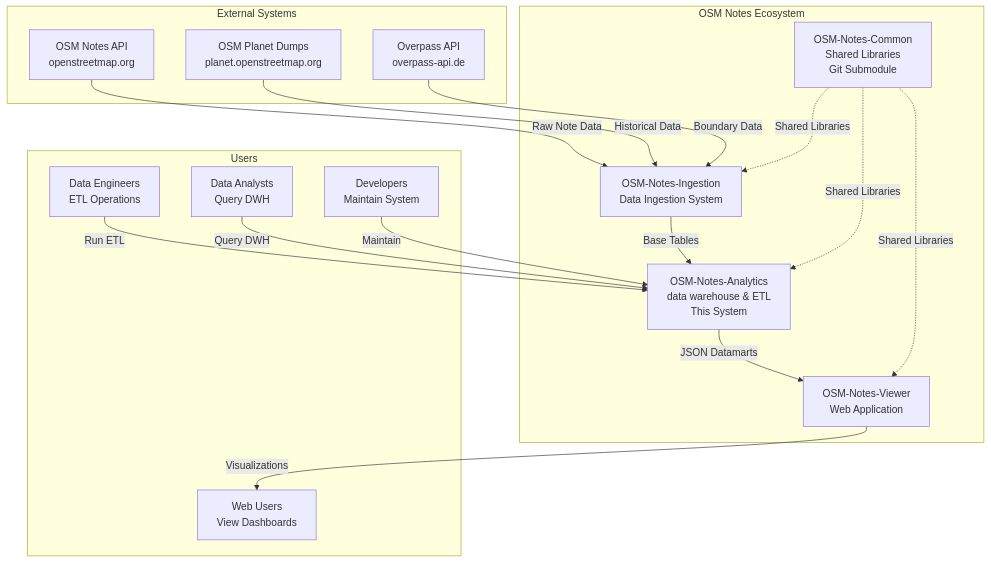
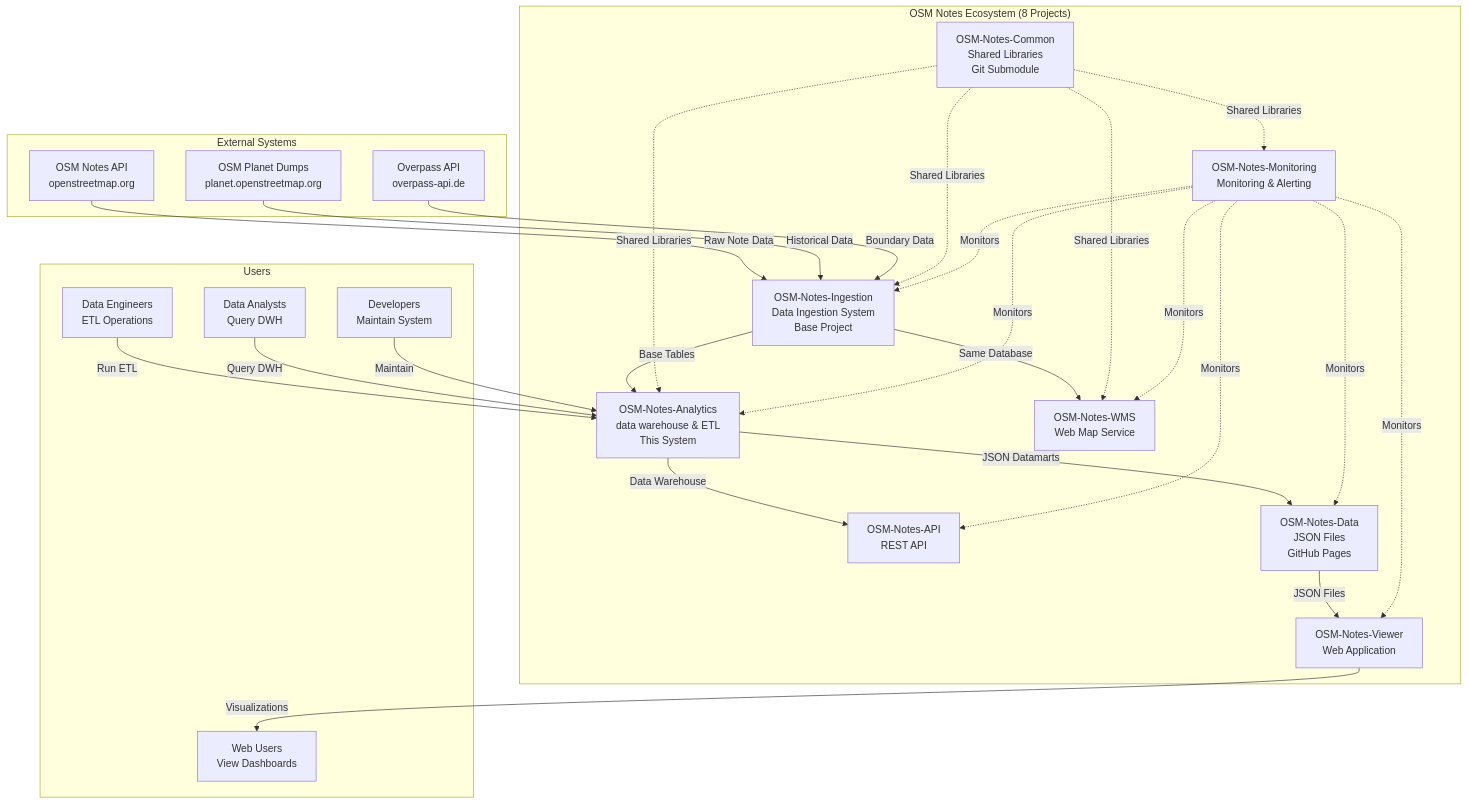
One commit to OSMLatam/OSM-Notes-Analytics changed the first of 9 diagrams in docs/Architecture_Diagram.md. Above: the diagram before and after it, drawn with Mermaid. The commit also changed other lines of this file and 1 other file, not shown here.

Commit message:
docs: Update architecture and deployment diagrams to reflect OSM Notes ecosystem enhancements
- Revised architecture diagram to include all 8 projects in the OSM Notes ecosystem, detailing their roles and relationships.
- Updated deployment diagram to clarify interactions between components, including the addition of the API, WMS, and Monitoring systems.
- Enhanced descriptions for each system to improve understanding of their functions and interdependencies.
- Improved overall structure and clarity of both diagrams for better visualization of the ecosystem.

````diff
--- a/docs/Architecture_Diagram.md
+++ b/docs/Architecture_Diagram.md
@@ -19,38 +19,53 @@
 ```mermaid
 graph TB
     subgraph External["External Systems"]
         OSM_API[OSM Notes API<br/>openstreetmap.org]
         PLANET[OSM Planet Dumps<br/>planet.openstreetmap.org]
         OVERPASS[Overpass API<br/>overpass-api.de]
     end
 
-    subgraph Ecosystem["OSM Notes Ecosystem"]
-        INGESTION[OSM-Notes-Ingestion<br/>Data Ingestion System]
+    subgraph Ecosystem["OSM Notes Ecosystem (8 Projects)"]
+        INGESTION[OSM-Notes-Ingestion<br/>Data Ingestion System<br/>Base Project]
         ANALYTICS[OSM-Notes-Analytics<br/>data warehouse & ETL<br/>This System]
+        API[OSM-Notes-API<br/>REST API]
+        DATA[OSM-Notes-Data<br/>JSON Files<br/>GitHub Pages]
         VIEWER[OSM-Notes-Viewer<br/>Web Application]
+        WMS[OSM-Notes-WMS<br/>Web Map Service]
+        MONITORING[OSM-Notes-Monitoring<br/>Monitoring & Alerting]
         COMMON[OSM-Notes-Common<br/>Shared Libraries<br/>Git Submodule]
     end
 
     subgraph Users["Users"]
         DATA_ENG[Data Engineers<br/>ETL Operations]
         ANALYSTS[Data Analysts<br/>Query DWH]
         WEB_USERS[Web Users<br/>View Dashboards]
         DEVS[Developers<br/>Maintain System]
     end
 
     OSM_API -->|Raw Note Data| INGESTION
     PLANET -->|Historical Data| INGESTION
     OVERPASS -->|Boundary Data| INGESTION
 
     INGESTION -->|Base Tables| ANALYTICS
-    ANALYTICS -->|JSON Datamarts| VIEWER
+    INGESTION -->|Same Database| WMS
+    ANALYTICS -->|JSON Datamarts| DATA
+    ANALYTICS -->|Data Warehouse| API
+    DATA -->|JSON Files| VIEWER
     VIEWER -->|Visualizations| WEB_USERS
 
     COMMON -.->|Shared Libraries| INGESTION
     COMMON -.->|Shared Libraries| ANALYTICS
-    COMMON -.->|Shared Libraries| VIEWER
+    COMMON -.->|Shared Libraries| WMS
+    COMMON -.->|Shared Libraries| MONITORING
+
+    MONITORING -.->|Monitors| INGESTION
+    MONITORING -.->|Monitors| ANALYTICS
+    MONITORING -.->|Monitors| API
+    MONITORING -.->|Monitors| WMS
+    MONITORING -.->|Monitors| DATA
+    MONITORING -.->|Monitors| VIEWER
 
     DATA_ENG -->|Run ETL| ANALYTICS
     ANALYSTS -->|Query DWH| ANALYTICS
     DEVS -->|Maintain| ANALYTICS
 ```
````
